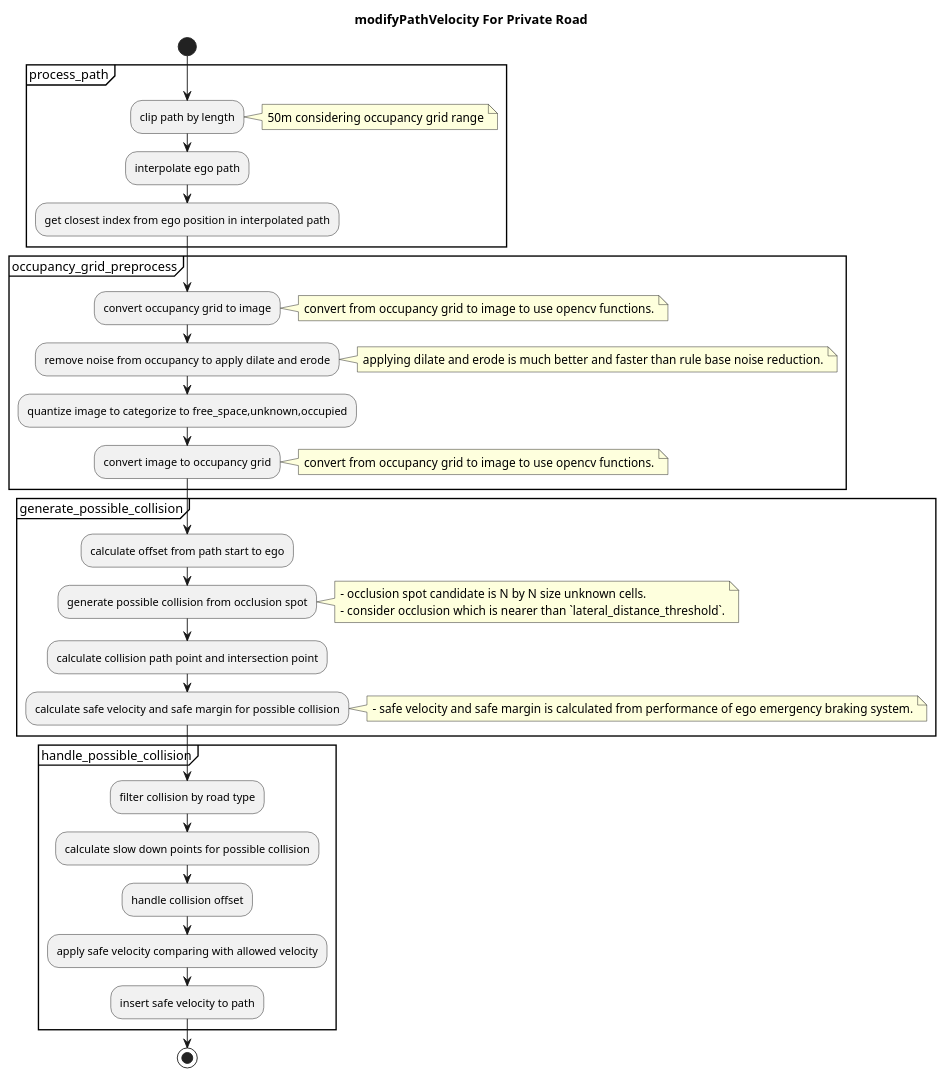
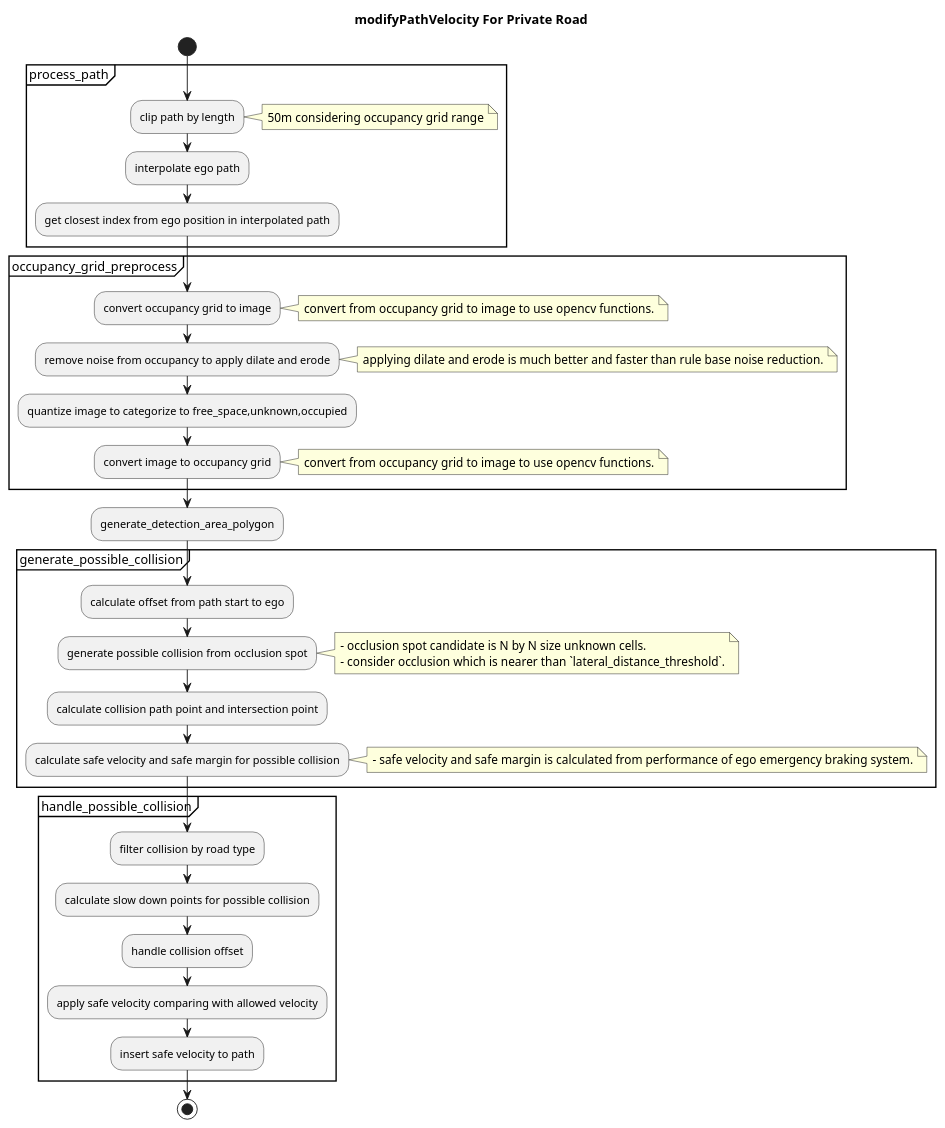
Before and after one commit to autowarefoundation/autoware.universe: the third of 3 diagrams in planning/behavior_velocity_planner/occlusion-spot-design.md, drawn with PlantUML. The commit also changed other lines of this file and 1 other file, not shown here.

Commit message:
chore(behavior_velocity): add description of detection area polygon

````diff
--- a/planning/behavior_velocity_planner/occlusion-spot-design.md
+++ b/planning/behavior_velocity_planner/occlusion-spot-design.md
@@ -233,51 +239,52 @@
 ```plantuml
 @startuml
 title modifyPathVelocity For Private Road
 start
 
 partition process_path {
 :clip path by length;
 note right
   50m considering occupancy grid range
 end note
 :interpolate ego path;
 :get closest index from ego position in interpolated path;
 }
 partition occupancy_grid_preprocess {
 :convert occupancy grid to image;
 note right
   convert from occupancy grid to image to use opencv functions.
 end note
 :remove noise from occupancy to apply dilate and erode;
 note right
   applying dilate and erode is much better and faster than rule base noise reduction.
 end note
 :quantize image to categorize to free_space,unknown,occupied;
 :convert image to occupancy grid;
 note right
   convert from occupancy grid to image to use opencv functions.
 end note
 }
+:generate_detection_area_polygon;
 partition generate_possible_collision {
 :calculate offset from path start to ego;
 :generate possible collision from occlusion spot;
 note right
   - occlusion spot candidate is N by N size unknown cells.
   - consider occlusion which is nearer than `lateral_distance_threshold`.
 end note
 :calculate collision path point and intersection point;
 :calculate safe velocity and safe margin for possible collision;
 note right
   - safe velocity and safe margin is calculated from performance of ego emergency braking system.
 end note
 }
 partition handle_possible_collision {
 :filter collision by road type;
 :calculate slow down points for possible collision;
 :handle collision offset;
 :apply safe velocity comparing with allowed velocity;
 :insert safe velocity to path;
 }
 stop
 @enduml
 ```
````
